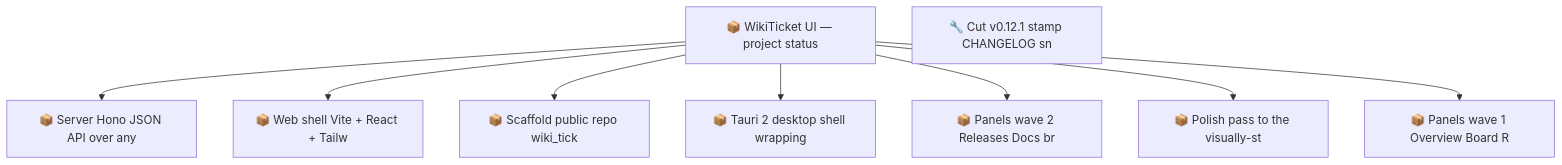
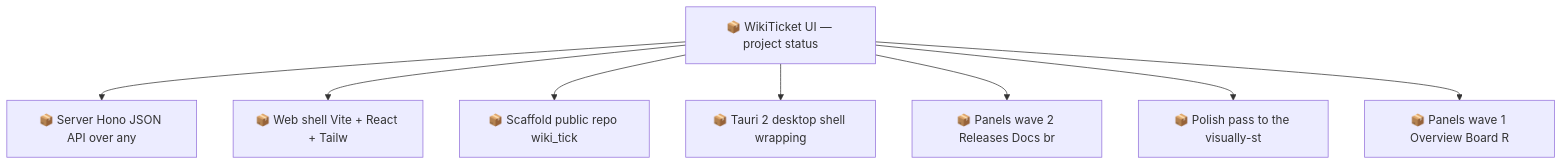
The second of 2 diagrams in docs/roadmap.md (SpillwaveSolutions/wiki_ticket_sdd), drawn with Mermaid before and after one commit. The commit also changed other lines of this file and 2 other files, not shown here.

````diff
--- a/docs/roadmap.md
+++ b/docs/roadmap.md
@@ -83,19 +68,18 @@
 ```mermaid
 graph TD
     01KY111BC71KJGNH55CB2DWMKN["📦 Server Hono JSON API over any"]
     01KY111BC7B70C7M2RF1E57G17["📦 Web shell Vite + React + Tailw"]
     01KY111BC7NJ4BE7JBDK2P6Y56["📦 Scaffold public repo wiki_tick"]
     01KY111BC7PABV8W6SDNVQACSN["📦 WikiTicket UI — project status"]
     01KY111BC842N3J7Y7H85NHSEG["📦 Tauri 2 desktop shell wrapping"]
     01KY111BC88FS6QD49JADZ9CJ5["📦 Panels wave 2 Releases Docs br"]
     01KY111BC8F9BH0T3TERYEFC3C["📦 Polish pass to the visually-st"]
     01KY111BC8QJAS9KH7N368N6RF["📦 Panels wave 1 Overview Board R"]
-    01KY2J9WN6WN6A8TVMR1TNS6ZX["🔧 Cut v0.12.1 stamp CHANGELOG sn"]
     01KY111BC7PABV8W6SDNVQACSN --> 01KY111BC71KJGNH55CB2DWMKN
     01KY111BC7PABV8W6SDNVQACSN --> 01KY111BC7B70C7M2RF1E57G17
     01KY111BC7PABV8W6SDNVQACSN --> 01KY111BC7NJ4BE7JBDK2P6Y56
     01KY111BC7PABV8W6SDNVQACSN --> 01KY111BC842N3J7Y7H85NHSEG
     01KY111BC7PABV8W6SDNVQACSN --> 01KY111BC88FS6QD49JADZ9CJ5
     01KY111BC7PABV8W6SDNVQACSN --> 01KY111BC8F9BH0T3TERYEFC3C
     01KY111BC7PABV8W6SDNVQACSN --> 01KY111BC8QJAS9KH7N368N6RF
 ```
````
